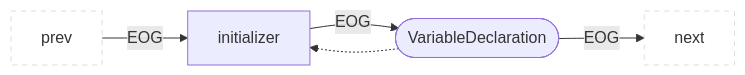
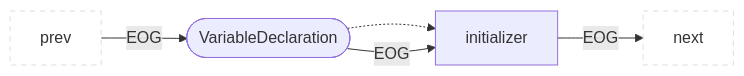
One commit to Fraunhofer-AISEC/cpg changed the fifth of 40 diagrams in docs/docs/CPG/specs/eog.md. Above: the diagram before and after it, drawn with Mermaid. The commit also changed other lines of this file, not shown here.

Commit message:
Added missing EOG changes for variable declaration

````diff
--- a/docs/docs/CPG/specs/eog.md
+++ b/docs/docs/CPG/specs/eog.md
@@ -122,9 +122,8 @@
 ```mermaid
 flowchart LR
   classDef outer fill:#fff,stroke:#ddd,stroke-dasharray:5 5;
-  prev:::outer --EOG--> child
-  parent(["VariableDeclaration"]) --EOG--> next:::outer
+  prev:::outer --EOG--> parent(["VariableDeclaration"])
+  child --EOG--> next:::outer
   parent -.-> child["initializer"]
-  child --EOG--> parent
-
+  parent --EOG--> child
 ```
````
